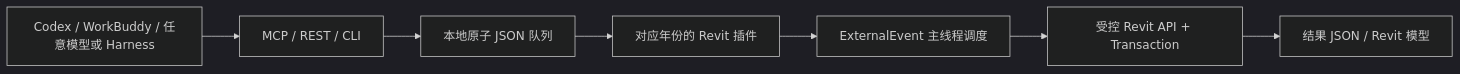
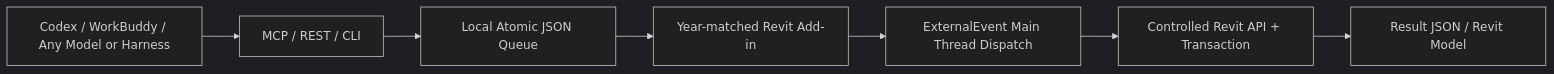
Before and after one commit to sky92archangel/revit-mcp-local-bridge: the diagram in README.md, drawn with Mermaid (dark theme). The commit also changed other lines of this file and 45 other files, not shown here.

```diff
--- a/README.md
+++ b/README.md
@@ -344,9 +344,9 @@
 ~~~mermaid
 flowchart LR
-    A["Codex / WorkBuddy / 任意模型或 Harness"] --> B["MCP / REST / CLI"]
-    B --> C["本地原子 JSON 队列"]
-    C --> D["对应年份的 Revit 插件"]
-    D --> E["ExternalEvent 主线程调度"]
-    E --> F["受控 Revit API + Transaction"]
-    F --> G["结果 JSON / Revit 模型"]
+    A["Codex / WorkBuddy / Any Model or Harness"] --> B["MCP / REST / CLI"]
+    B --> C["Local Atomic JSON Queue"]
+    C --> D["Year-matched Revit Add-in"]
+    D --> E["ExternalEvent Main Thread Dispatch"]
+    E --> F["Controlled Revit API + Transaction"]
+    F --> G["Result JSON / Revit Model"]
 ~~~
```
